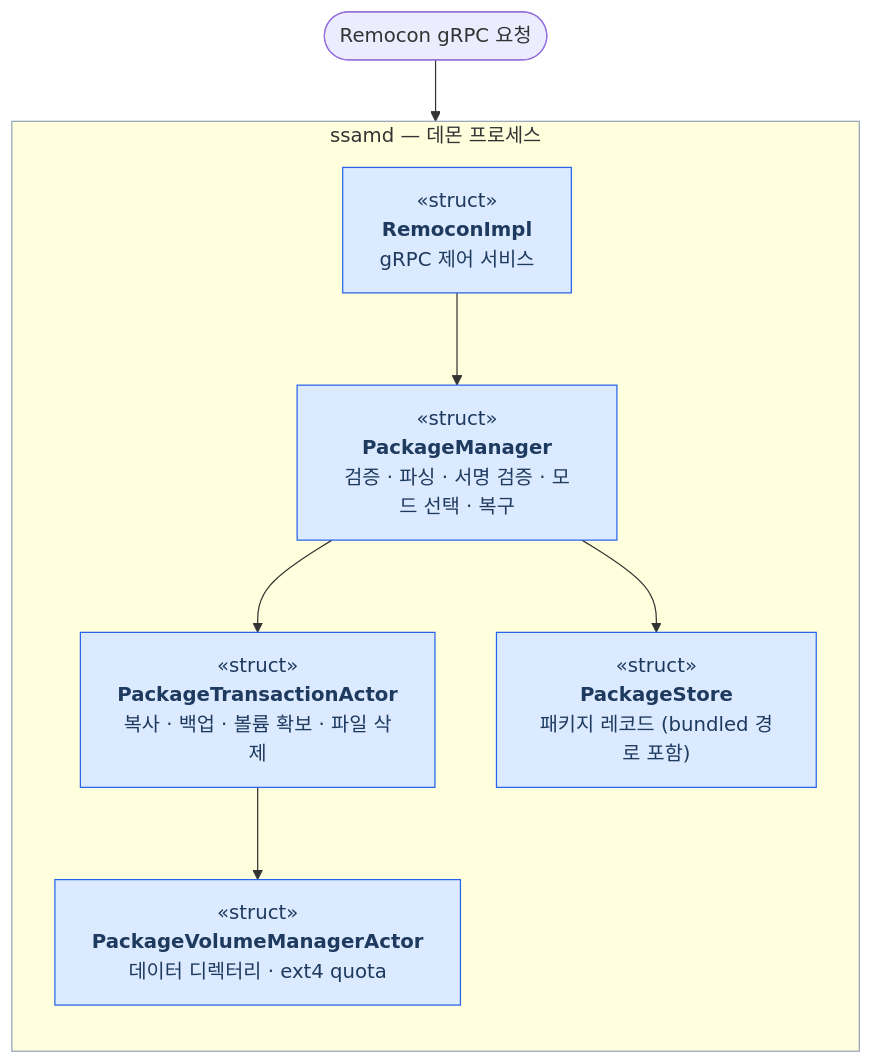
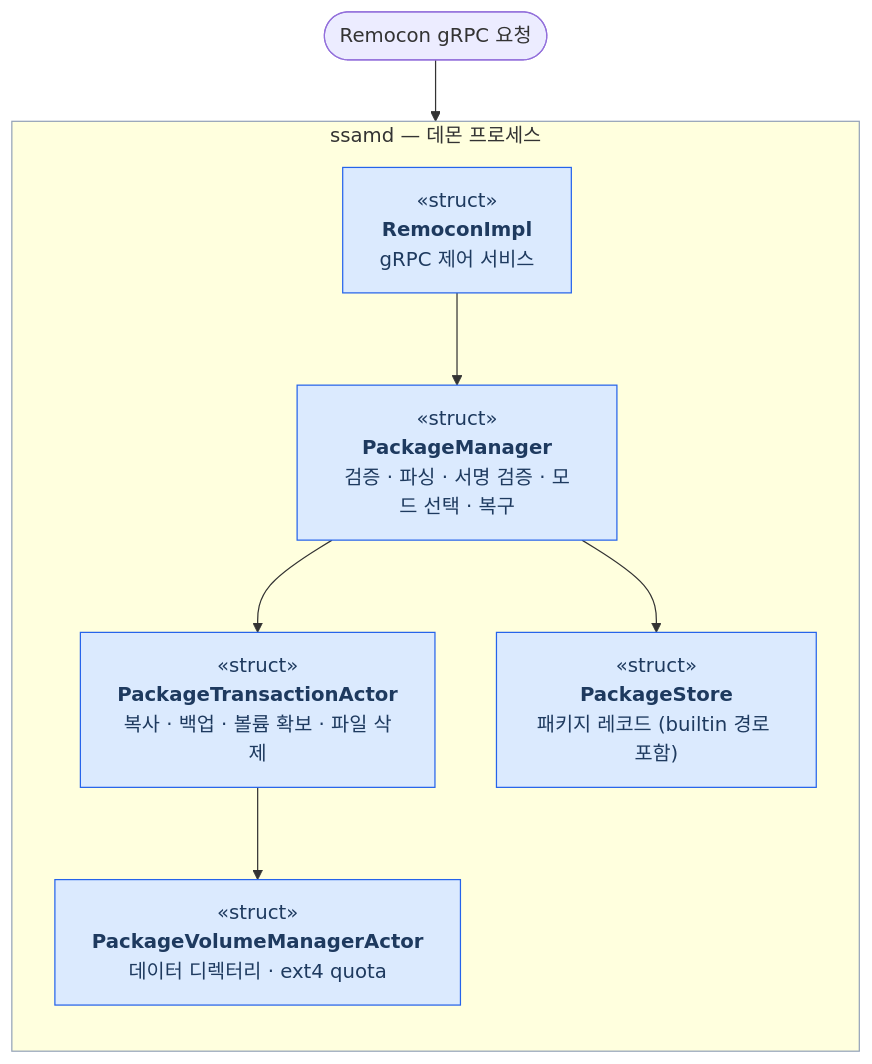
Before and after one commit to mobis-oss/ssam: the second of 2 diagrams in docs/architecture/package-management.ko.md, drawn with Mermaid. The commit also changed other lines of this file and 46 other files, not shown here.

````diff
--- a/docs/architecture/package-management.ko.md
+++ b/docs/architecture/package-management.ko.md
@@ -39,16 +43,16 @@
 ```mermaid
 flowchart TB
   START(["Remocon gRPC 요청"]) --> RS
 
   subgraph SD["ssamd — 데몬 프로세스"]
     direction TB
     RS["«struct»<br/><b>RemoconImpl</b><br/>gRPC 제어 서비스"] --> PM["«struct»<br/><b>PackageManager</b><br/>검증 · 파싱 · 서명 검증 · 모드 선택 · 복구"]
     PM --> PT["«struct»<br/><b>PackageTransactionActor</b><br/>복사 · 백업 · 볼륨 확보 · 파일 삭제"]
-    PM --> PS["«struct»<br/><b>PackageStore</b><br/>패키지 레코드 (bundled 경로 포함)"]
+    PM --> PS["«struct»<br/><b>PackageStore</b><br/>패키지 레코드 (builtin 경로 포함)"]
     PT --> PV["«struct»<br/><b>PackageVolumeManagerActor</b><br/>데이터 디렉터리 · ext4 quota"]
   end
 
   classDef actor fill:#dbeafe,stroke:#2563eb,color:#1e3a5f;
   class RS,PM,PT,PS,PV actor;
   style SD stroke:#94a3b8
 ```
````
